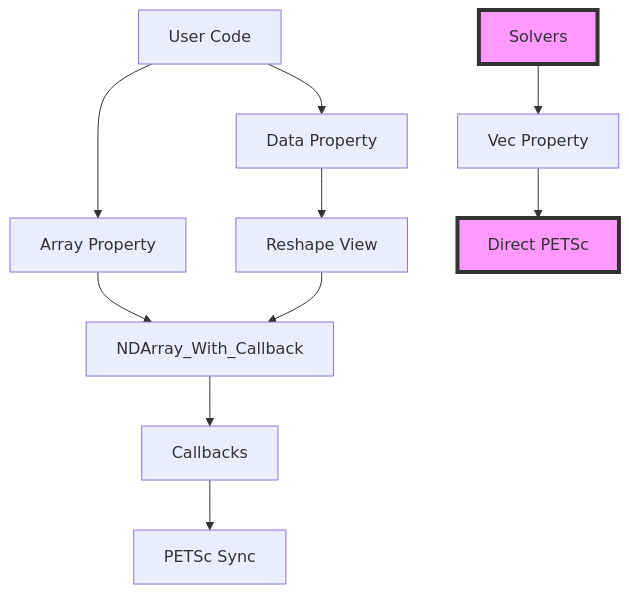
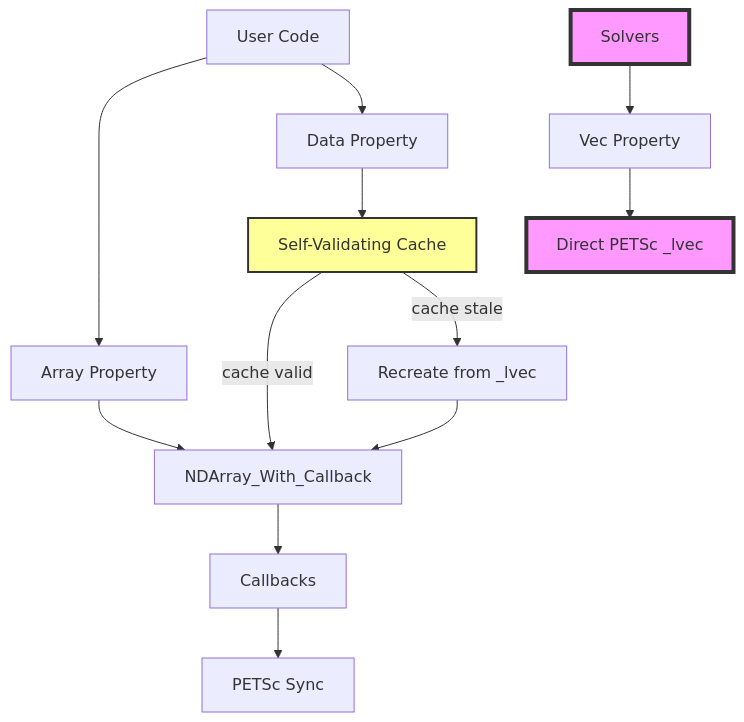
One commit to underworldcode/underworld3 changed the diagram in docs/developer/UW3_Developers_NDArrays.md. Above: the diagram before and after it, drawn with Mermaid. The commit also changed other lines of this file and 7 other files, not shown here.

First line of the commit message:
Fix stale .data cache after DM rebuild with self-validating mechanism

````diff
--- a/docs/developer/UW3_Developers_NDArrays.md
+++ b/docs/developer/UW3_Developers_NDArrays.md
@@ -62,17 +62,20 @@
 ```{mermaid}
 graph TD
     A[User Code] --> B[Array Property]
     B --> C[NDArray_With_Callback]
     C --> D[Callbacks]
     D --> E[PETSc Sync]
-    
+
     A --> F[Data Property]
-    F --> G[Reshape View]
-    G --> C
-    
+    F --> K[Self-Validating Cache]
+    K -->|cache valid| C
+    K -->|cache stale| L[Recreate from _lvec]
+    L --> C
+
     H[Solvers] --> I[Vec Property]
-    I --> J[Direct PETSc]
-    
+    I --> J[Direct PETSc _lvec]
+
     style H fill:#f9f,stroke:#333,stroke-width:4px
     style J fill:#f9f,stroke:#333,stroke-width:4px
+    style K fill:#ff9,stroke:#333,stroke-width:2px
 ```
````
